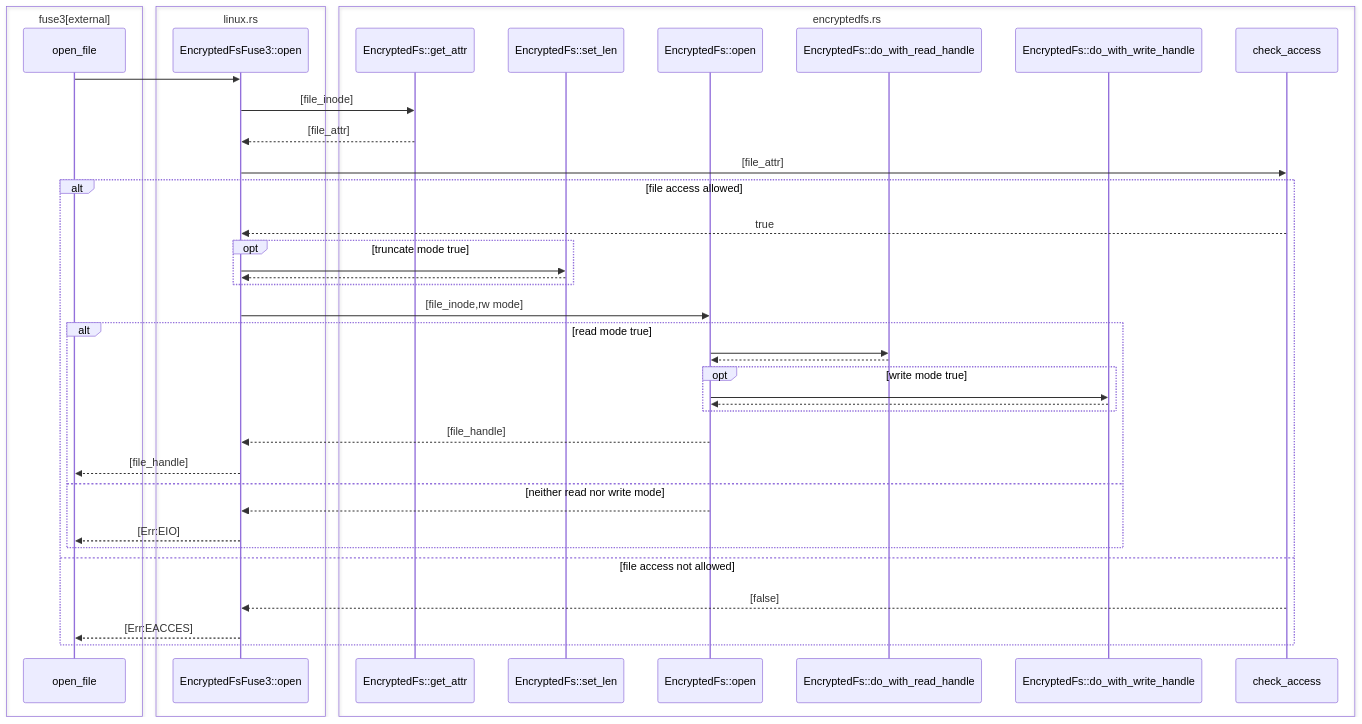
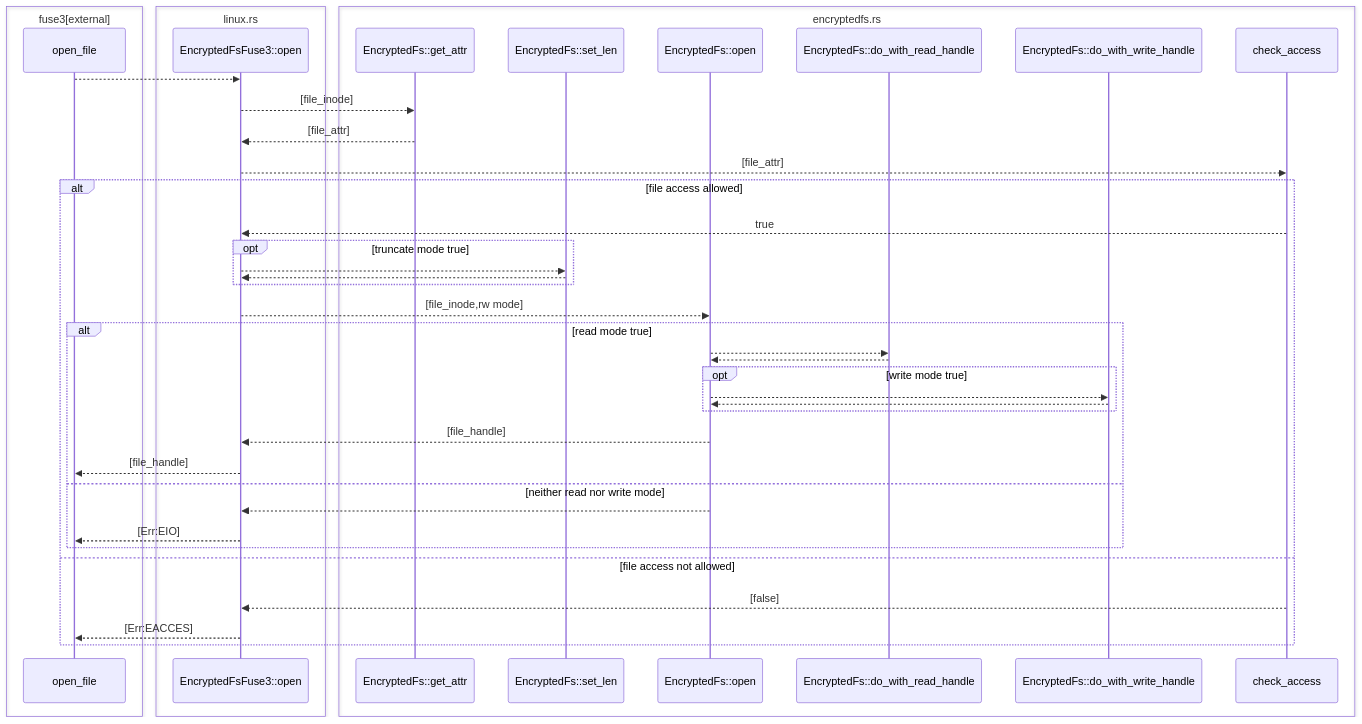
The diagram in doc/uml/open_file.md (xoriors/rencfs), drawn with Mermaid before and after one commit.

````diff
--- a/doc/uml/open_file.md
+++ b/doc/uml/open_file.md
@@ -1,50 +1,50 @@
 ```mermaid
 sequenceDiagram
 
     box fuse3[external]
         participant ext_open_file as open_file 
     end 
 
     box linux.rs 
         participant open_file as EncryptedFsFuse3::open 
     end 
 
     box encryptedfs.rs
         participant get_attr as EncryptedFs::get_attr 
         participant set_len as EncryptedFs::set_len 
         participant open as EncryptedFs::open 
         participant do_with_read as EncryptedFs::do_with_read_handle 
         participant do_with_write as EncryptedFs::do_with_write_handle 
         participant chk_acc as check_access 
     end 
 
-    ext_open_file ->> open_file : 
-    open_file ->> get_attr : [file_inode]
+    ext_open_file -->> open_file : 
+    open_file -->> get_attr : [file_inode]
     get_attr -->> open_file : [file_attr]
-    open_file ->> chk_acc : [file_attr]
+    open_file -->> chk_acc : [file_attr]
 
     alt file access allowed
         chk_acc -->> open_file : true
         opt truncate mode true
-            open_file ->> set_len : 
+            open_file -->> set_len : 
             set_len -->> open_file : 
         end
-        open_file ->> open : [file_inode,rw mode]
+        open_file -->> open : [file_inode,rw mode]
         alt read mode true
-            open ->> do_with_read : 
+            open -->> do_with_read : 
             do_with_read -->> open : 
             opt write mode true
-                open ->> do_with_write : 
+                open -->> do_with_write : 
                 do_with_write -->> open : 
             end
             open -->> open_file : [file_handle]
             open_file -->> ext_open_file : [file_handle]
         else neither read nor write mode
             open -->> open_file : 
             open_file -->> ext_open_file : [Err:EIO]
         end
     else file access not allowed
         chk_acc -->> open_file : [false]
         open_file -->> ext_open_file : [Err:EACCES]
     end
 ```
````
